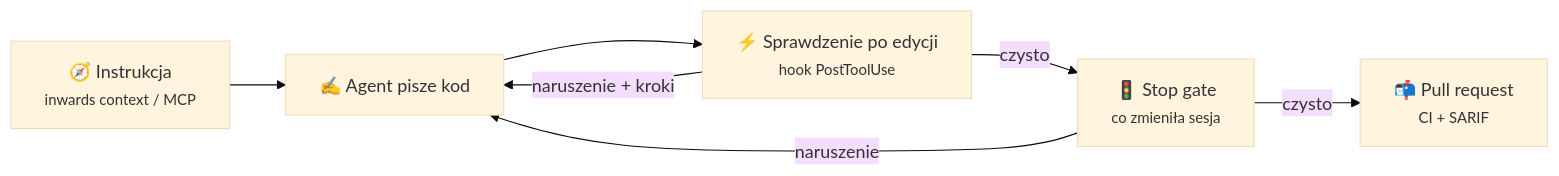
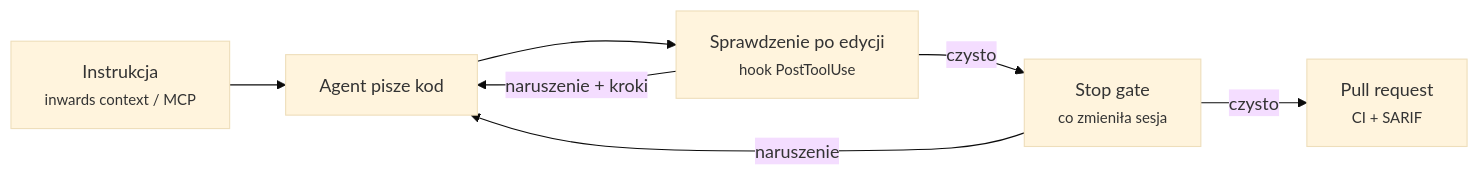
Before and after one commit to SirCypkowskyy/inwards: the second of 2 diagrams in docs/pl/04-AI-Integration.md, drawn with Mermaid (base theme). The commit also changed other lines of this file and 9 other files, not shown here.

First line of the commit message:
docs: draw diagram and status icons instead of emoji, recolour the chapter 6 pie

````diff
--- a/docs/pl/04-AI-Integration.md
+++ b/docs/pl/04-AI-Integration.md
@@ -251,9 +251,9 @@
 ```mermaid
 flowchart LR
-    brief["🧭 Instrukcja<br/><small>inwards context / MCP</small>"] --> write["✍️ Agent pisze kod"]
-    write --> check["⚡ Sprawdzenie po edycji<br/><small>hook PostToolUse</small>"]
+    brief["Instrukcja<br/><small>inwards context / MCP</small>"] --> write["Agent pisze kod"]
+    write --> check["Sprawdzenie po edycji<br/><small>hook PostToolUse</small>"]
     check -- "naruszenie + kroki" --> write
-    check -- "czysto" --> gate["🚦 Stop gate<br/><small>co zmieniła sesja</small>"]
+    check -- "czysto" --> gate["Stop gate<br/><small>co zmieniła sesja</small>"]
     gate -- "naruszenie" --> write
-    gate -- "czysto" --> pr["📬 Pull request<br/><small>CI + SARIF</small>"]
+    gate -- "czysto" --> pr["Pull request<br/><small>CI + SARIF</small>"]
 ```
````
